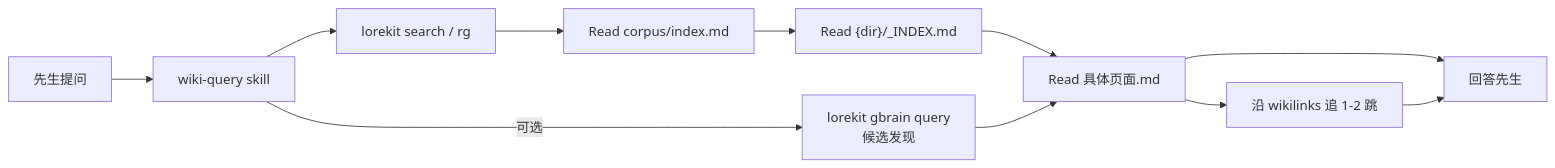
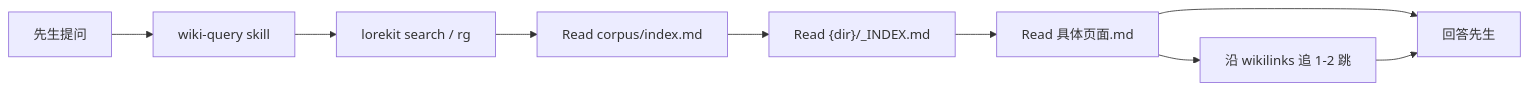
One commit to GYF0311/lorekit changed the third of 4 diagrams in docs/ARCHITECTURE.md. Above: the diagram before and after it, drawn with Mermaid. The commit also changed other lines of this file and 1343 other files, not shown here.

First line of the commit message:
refactor: remove GBrain integration and wiki-enrich skill (alignment phase 1)

````diff
--- a/docs/ARCHITECTURE.md
+++ b/docs/ARCHITECTURE.md
@@ -121,13 +115,11 @@
 ```mermaid
 flowchart LR
   Q["先生提问"] --> Skill["wiki-query skill"]
   Skill --> Search["lorekit search / rg"]
   Search --> L0R["Read corpus/index.md"]
   L0R --> L1R["Read {dir}/_INDEX.md"]
   L1R --> L2R["Read 具体页面.md"]
   L2R --> Links["沿 wikilinks 追 1-2 跳"]
-  Skill -->|可选| GQ["lorekit gbrain query<br/>候选发现"]
-  GQ --> L2R
   L2R --> Ans
   Links --> Ans["回答先生"]
 ```
````
